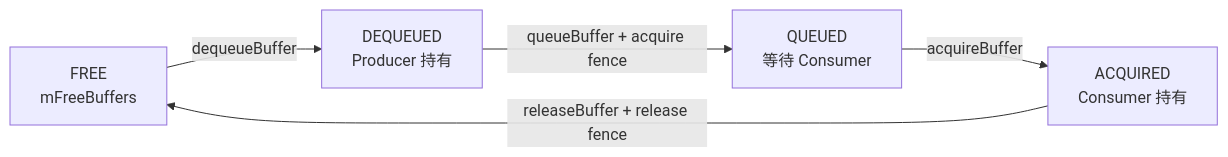
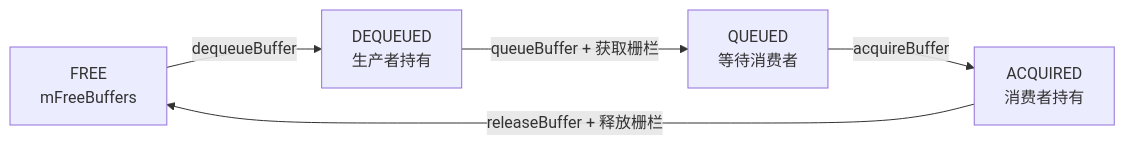
One commit to Gracker/android-internals-wiki changed the second of 2 diagrams in src/part1-fundamentals/ch02-rendering/32-graphic-buffer-memory-pool.md. Above: the diagram before and after it, drawn with Mermaid. The commit also changed other lines of this file and 4 other files, not shown here.

````diff
--- a/src/part1-fundamentals/ch02-rendering/32-graphic-buffer-memory-pool.md
+++ b/src/part1-fundamentals/ch02-rendering/32-graphic-buffer-memory-pool.md
@@ -269,7 +269,7 @@
 ```mermaid
 flowchart LR
-    F["FREE<br/>mFreeBuffers"] -->|"dequeueBuffer"| D["DEQUEUED<br/>Producer 持有"]
-    D -->|"queueBuffer + acquire fence"| Q["QUEUED<br/>等待 Consumer"]
-    Q -->|"acquireBuffer"| A["ACQUIRED<br/>Consumer 持有"]
-    A -->|"releaseBuffer + release fence"| F
+    F["FREE<br/>mFreeBuffers"] -->|"dequeueBuffer"| D["DEQUEUED<br/>生产者持有"]
+    D -->|"queueBuffer + 获取栅栏"| Q["QUEUED<br/>等待消费者"]
+    Q -->|"acquireBuffer"| A["ACQUIRED<br/>消费者持有"]
+    A -->|"releaseBuffer + 释放栅栏"| F
 ```
````
